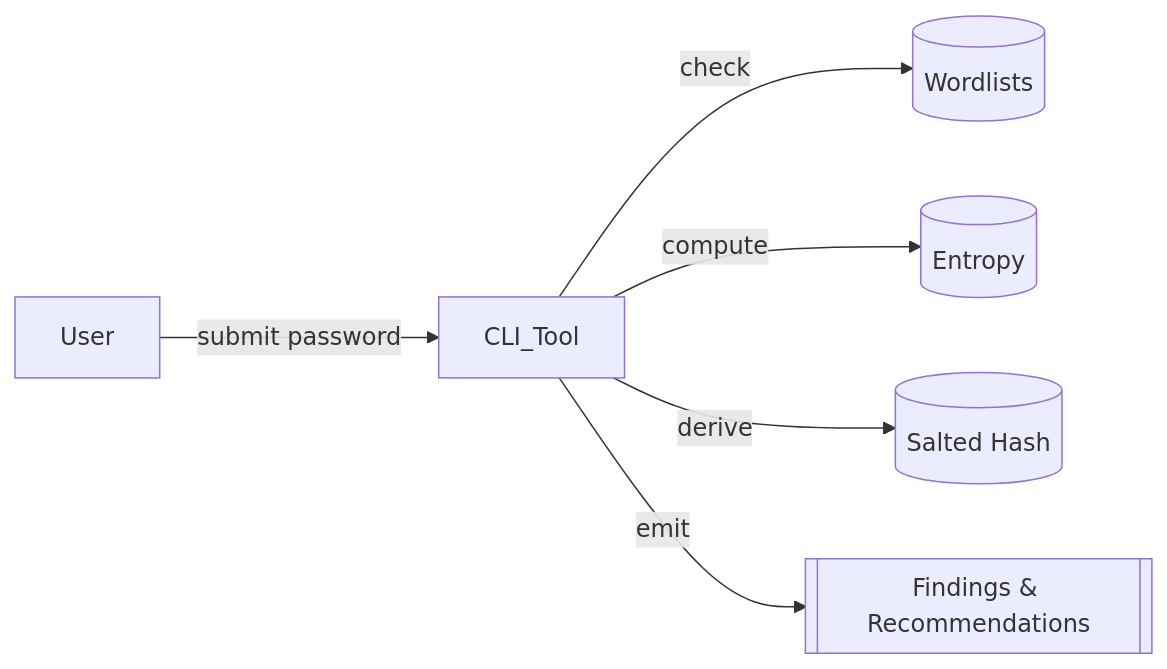
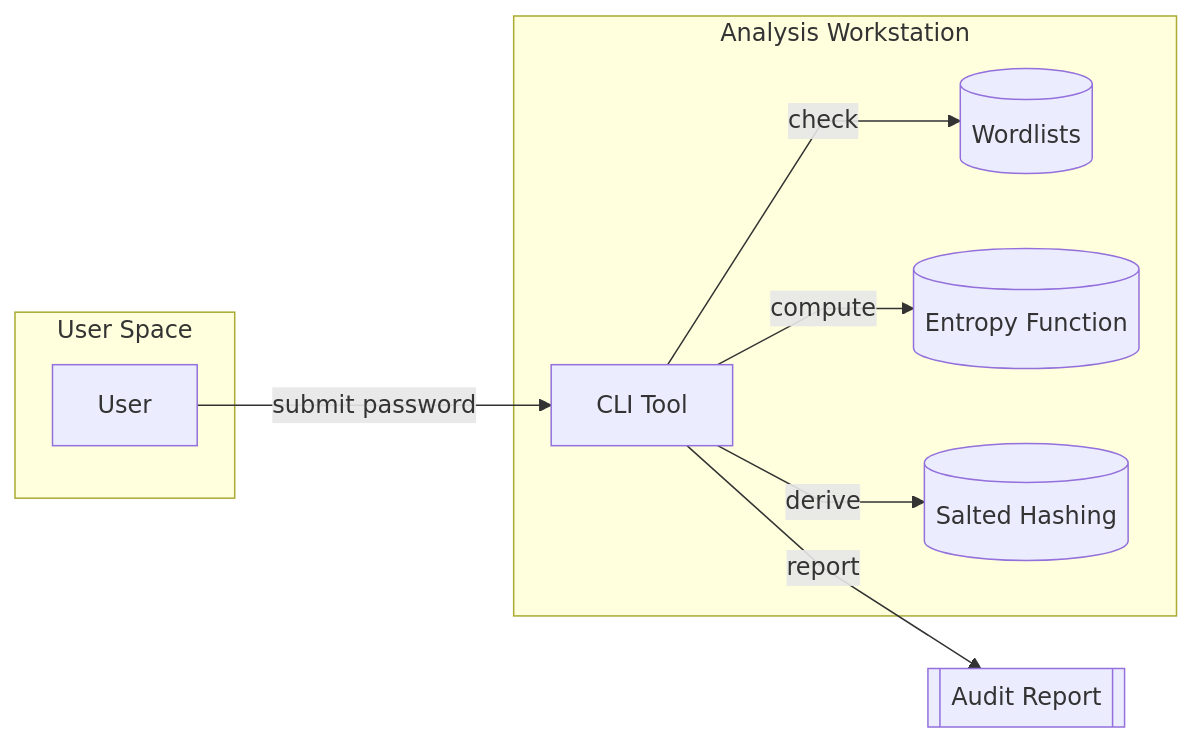
One commit to bhataakib02/cybersecurityCasestudy changed the fourth of 4 diagrams in CaseStudy4_Password_Analysis_and_Policy_Report.md. Above: the diagram before and after it, drawn with Mermaid. The commit also changed other lines of this file and 4 other files, not shown here.

Commit message:
Add proper Mermaid diagrams (.mmd) and reference them with captions; enhance diagram rendering init blocks

````diff
--- a/CaseStudy4_Password_Analysis_and_Policy_Report.md
+++ b/CaseStudy4_Password_Analysis_and_Policy_Report.md
@@ -376,8 +379,18 @@
 ```mermaid
+%%{init: { 'flowchart': { 'curve': 'linear' } } }%%
 flowchart LR
-  User -->|submit password| CLI_Tool
-  CLI_Tool -->|check| Dictionary[(Wordlists)]
-  CLI_Tool -->|compute| EntropyCalc[(Entropy)]
-  CLI_Tool -->|derive| Hashing[(Salted Hash)]
-  CLI_Tool -->|emit| Report[[Findings & Recommendations]]
+  subgraph User Space
+    U[User]
+  end
+  subgraph Analysis Workstation
+    T[CLI Tool]
+    D[(Wordlists)]
+    E[(Entropy Function)]
+    H[(Salted Hashing)]
+  end
+  U -->|submit password| T
+  T -->|check| D
+  T -->|compute| E
+  T -->|derive| H
+  T -->|report| R[[Audit Report]]
 ```
````
